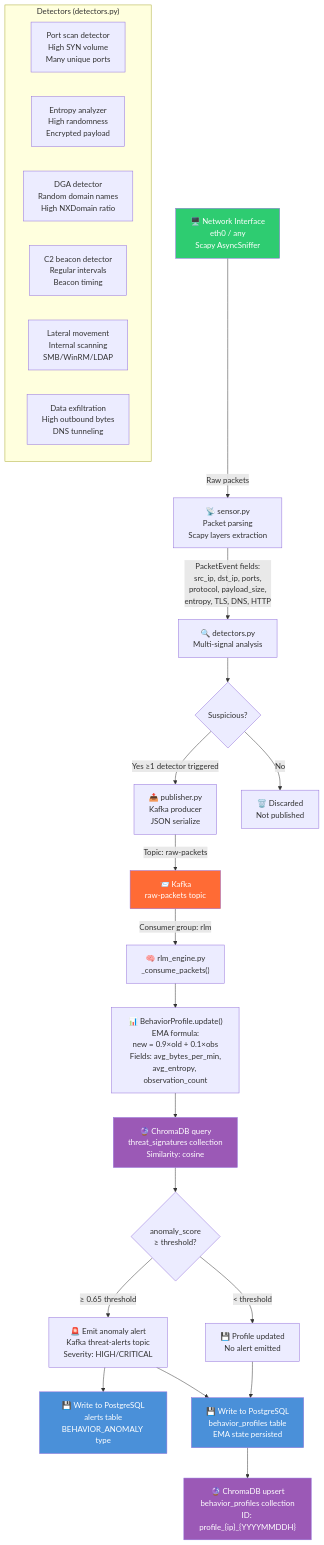
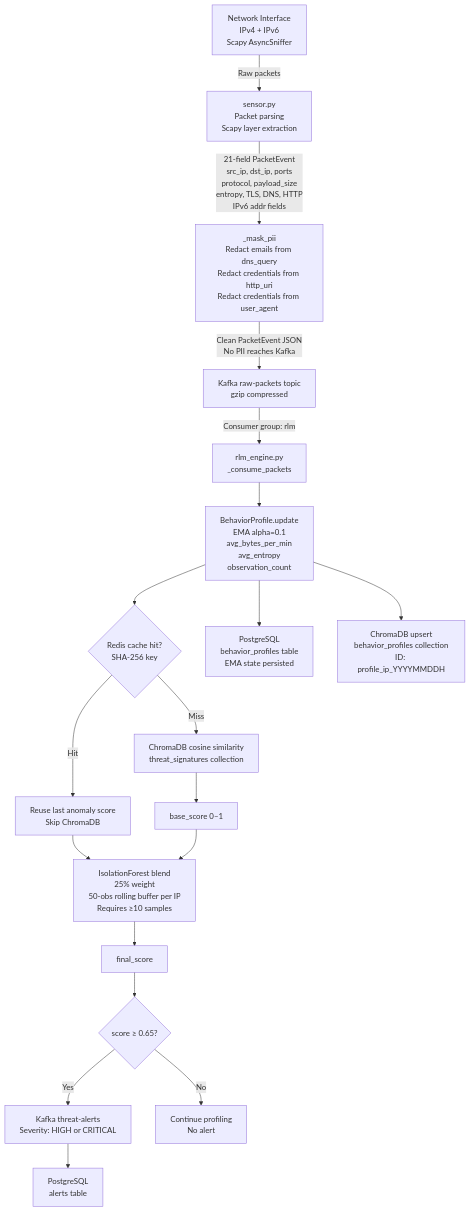
One commit to Skarthik06/cybersentinel-ai changed the third of 21 diagrams in docs/MASTER.md. Above: the diagram before and after it, drawn with Mermaid. The commit also changed other lines of this file and 50 other files, not shown here.

````diff
--- a/docs/MASTER.md
+++ b/docs/MASTER.md
@@ -293,47 +213,30 @@
 ```mermaid
 flowchart TD
-    A["🖥️ Network Interface\neth0 / any\nScapy AsyncSniffer"]
-    -->|Raw packets| B["📡 sensor.py\nPacket parsing\nScapy layers extraction"]
+    A[Network Interface\nIPv4 + IPv6\nScapy AsyncSniffer]
+    -->|Raw packets| B[sensor.py\nPacket parsing\nScapy layer extraction]
 
-    B -->|PacketEvent fields:\nsrc_ip, dst_ip, ports,\nprotocol, payload_size,\nentropy, TLS, DNS, HTTP| C["🔍 detectors.py\nMulti-signal analysis"]
+    B -->|21-field PacketEvent\nsrc_ip, dst_ip, ports\nprotocol, payload_size\nentropy, TLS, DNS, HTTP\nIPv6 addr fields| C[_mask_pii\nRedact emails from dns_query\nRedact credentials from http_uri\nRedact credentials from user_agent]
 
-    C --> D{Suspicious?}
+    C -->|Clean PacketEvent JSON\nNo PII reaches Kafka| D[Kafka raw-packets topic\ngzip compressed]
 
-    D -->|Yes ≥1 detector triggered| E["📤 publisher.py\nKafka producer\nJSON serialize"]
-    D -->|No| F["🗑️ Discarded\nNot published"]
+    D -->|Consumer group: rlm| E[rlm_engine.py\n_consume_packets]
 
-    E -->|Topic: raw-packets| G["📨 Kafka\nraw-packets topic"]
+    E --> F[BehaviorProfile.update\nEMA alpha=0.1\navg_bytes_per_min\navg_entropy\nobservation_count]
 
-    G -->|Consumer group: rlm| H["🧠 rlm_engine.py\n_consume_packets()"]
+    F --> G{Redis cache hit?\nSHA-256 key}
+    G -->|Hit| H[Reuse last anomaly score\nSkip ChromaDB]
+    G -->|Miss| I[ChromaDB cosine similarity\nthreat_signatures collection]
 
-    H --> I["📊 BehaviorProfile.update()\nEMA formula:\nnew = 0.9×old + 0.1×obs\nFields: avg_bytes_per_min,\navg_entropy, observation_count"]
+    I --> J[base_score 0–1]
+    H --> K
+    J --> K[IsolationForest blend\n25% weight\n50-obs rolling buffer per IP\nRequires ≥10 samples]
 
-    I --> J["🔮 ChromaDB query\nthreat_signatures collection\nSimilarity: cosine"]
+    K --> L[final_score]
+    L --> M{score ≥ 0.65?}
+    M -->|Yes| N[Kafka threat-alerts\nSeverity: HIGH or CRITICAL]
+    M -->|No| O[Continue profiling\nNo alert]
 
-    J --> K{anomaly_score\n≥ threshold?}
-
-    K -->|≥ 0.65 threshold| L["🚨 Emit anomaly alert\nKafka threat-alerts topic\nSeverity: HIGH/CRITICAL"]
-    K -->|< threshold| M["💾 Profile updated\nNo alert emitted"]
-
-    L --> N["💾 Write to PostgreSQL\nalerts table\nBEHAVIOR_ANOMALY type"]
-    M --> O["💾 Write to PostgreSQL\nbehavior_profiles table\nEMA state persisted"]
-    L --> O
-
-    O --> P["🔮 ChromaDB upsert\nbehavior_profiles collection\nID: profile_{ip}_{YYYYMMDDH}"]
-
-    subgraph DETECTORS["Detectors (detectors.py)"]
-        D1["Port scan detector\nHigh SYN volume\nMany unique ports"]
-        D2["Entropy analyzer\nHigh randomness\nEncrypted payload"]
-        D3["DGA detector\nRandom domain names\nHigh NXDomain ratio"]
-        D4["C2 beacon detector\nRegular intervals\nBeacon timing"]
-        D5["Lateral movement\nInternal scanning\nSMB/WinRM/LDAP"]
-        D6["Data exfiltration\nHigh outbound bytes\nDNS tunneling"]
-    end
-
-    style A fill:#2ecc71,color:#fff
-    style G fill:#ff6b35,color:#fff
-    style J fill:#9b59b6,color:#fff
-    style N fill:#4a90d9,color:#fff
-    style O fill:#4a90d9,color:#fff
-    style P fill:#9b59b6,color:#fff
+    N --> P[PostgreSQL\nalerts table]
+    F --> Q[PostgreSQL\nbehavior_profiles table\nEMA state persisted]
+    F --> R[ChromaDB upsert\nbehavior_profiles collection\nID: profile_ip_YYYYMMDDH]
 ```
````
